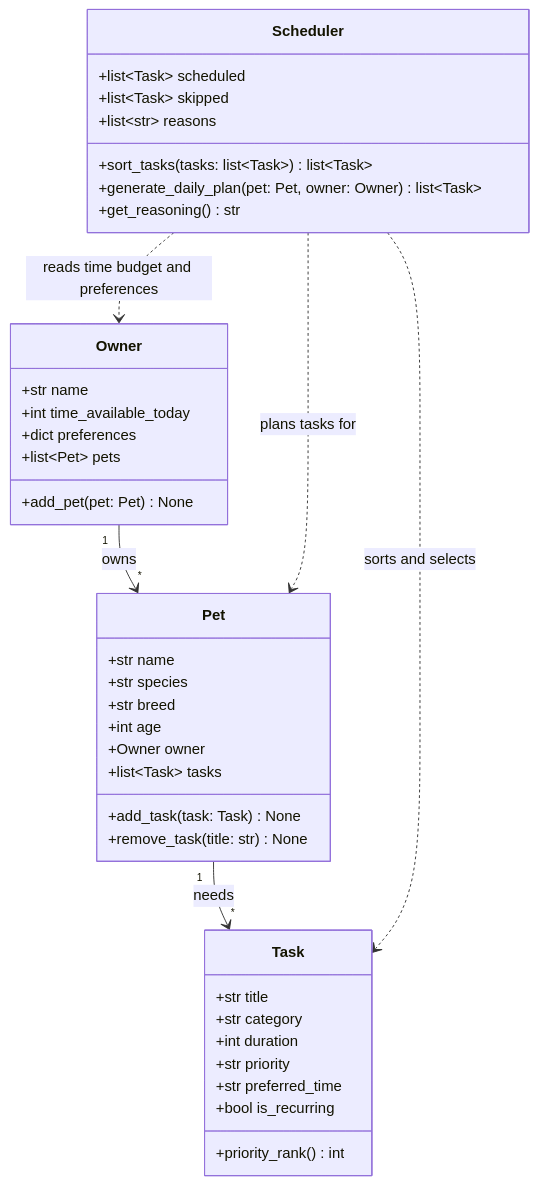
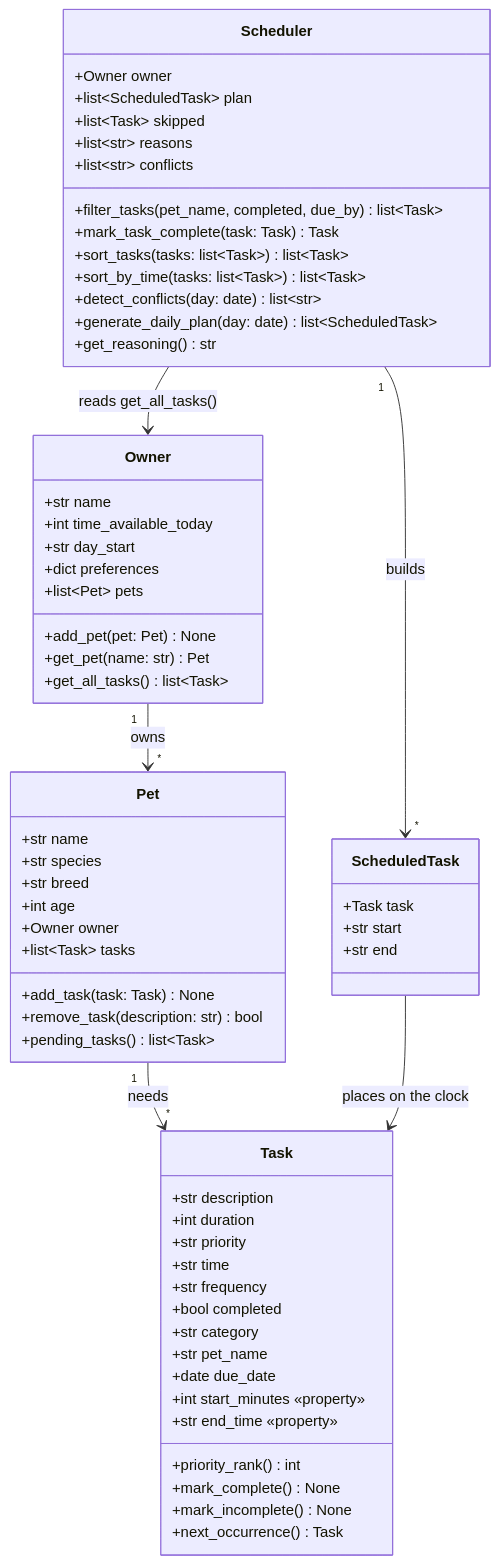
One commit to sboyapati2023/ai110-module2show-pawpal-starter changed the diagram in diagrams/uml.mmd. Above: the diagram before and after it, drawn with Mermaid. The commit also changed 10 other files, not shown here.

```diff
--- a/diagrams/uml.mmd
+++ b/diagrams/uml.mmd
@@ -1,46 +1,70 @@
 classDiagram
     %% Keep this file updated so it matches your final implementation.
 
     class Owner {
         +str name
         +int time_available_today
+        +str day_start
         +dict preferences
         +list~Pet~ pets
         +add_pet(pet: Pet) None
+        +get_pet(name: str) Pet
+        +get_all_tasks() list~Task~
     }
 
     class Pet {
         +str name
         +str species
         +str breed
         +int age
         +Owner owner
         +list~Task~ tasks
         +add_task(task: Task) None
-        +remove_task(title: str) None
+        +remove_task(description: str) bool
+        +pending_tasks() list~Task~
     }
 
     class Task {
-        +str title
-        +str category
+        +str description
         +int duration
         +str priority
-        +str preferred_time
-        +bool is_recurring
+        +str time
+        +str frequency
+        +bool completed
+        +str category
+        +str pet_name
+        +date due_date
+        +int start_minutes  «property»
+        +str end_time  «property»
         +priority_rank() int
+        +mark_complete() None
+        +mark_incomplete() None
+        +next_occurrence() Task
+    }
+
+    class ScheduledTask {
+        +Task task
+        +str start
+        +str end
     }
 
     class Scheduler {
-        +list~Task~ scheduled
+        +Owner owner
+        +list~ScheduledTask~ plan
         +list~Task~ skipped
         +list~str~ reasons
+        +list~str~ conflicts
+        +filter_tasks(pet_name, completed, due_by) list~Task~
+        +mark_task_complete(task: Task) Task
         +sort_tasks(tasks: list~Task~) list~Task~
-        +generate_daily_plan(pet: Pet, owner: Owner) list~Task~
+        +sort_by_time(tasks: list~Task~) list~Task~
+        +detect_conflicts(day: date) list~str~
+        +generate_daily_plan(day: date) list~ScheduledTask~
         +get_reasoning() str
     }
 
     Owner "1" --> "*" Pet : owns
     Pet "1" --> "*" Task : needs
-    Scheduler ..> Owner : reads time budget and preferences
-    Scheduler ..> Pet : plans tasks for
-    Scheduler ..> Task : sorts and selects
+    Scheduler --> Owner : reads get_all_tasks()
+    Scheduler "1" --> "*" ScheduledTask : builds
+    ScheduledTask --> Task : places on the clock
```
